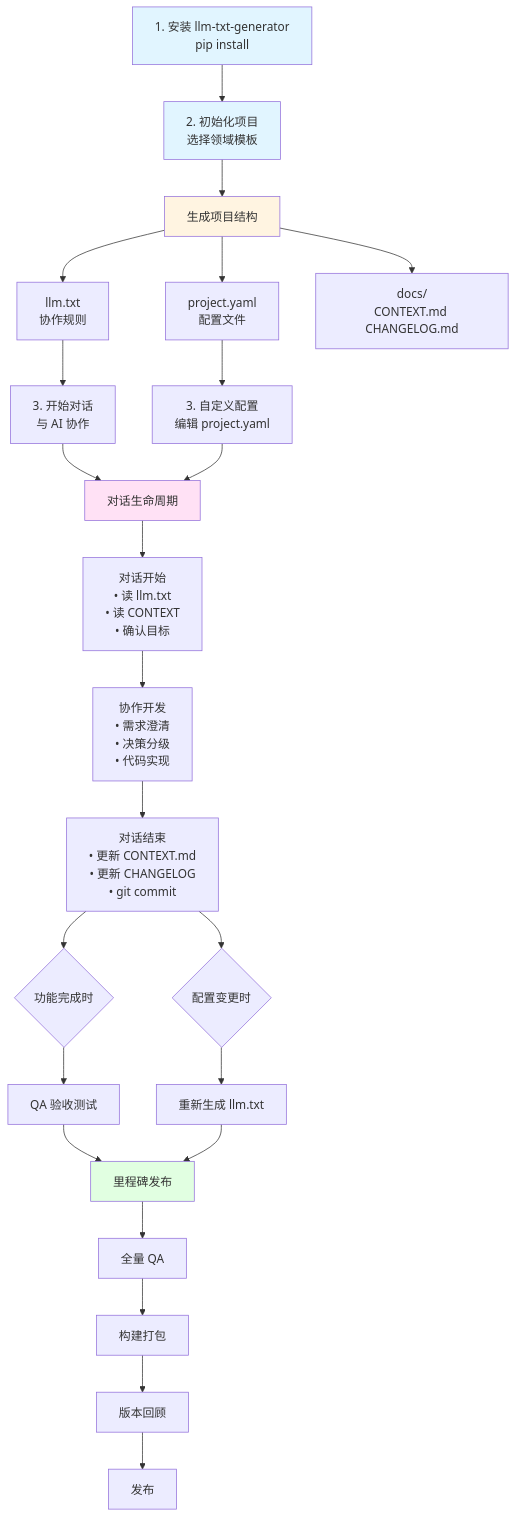
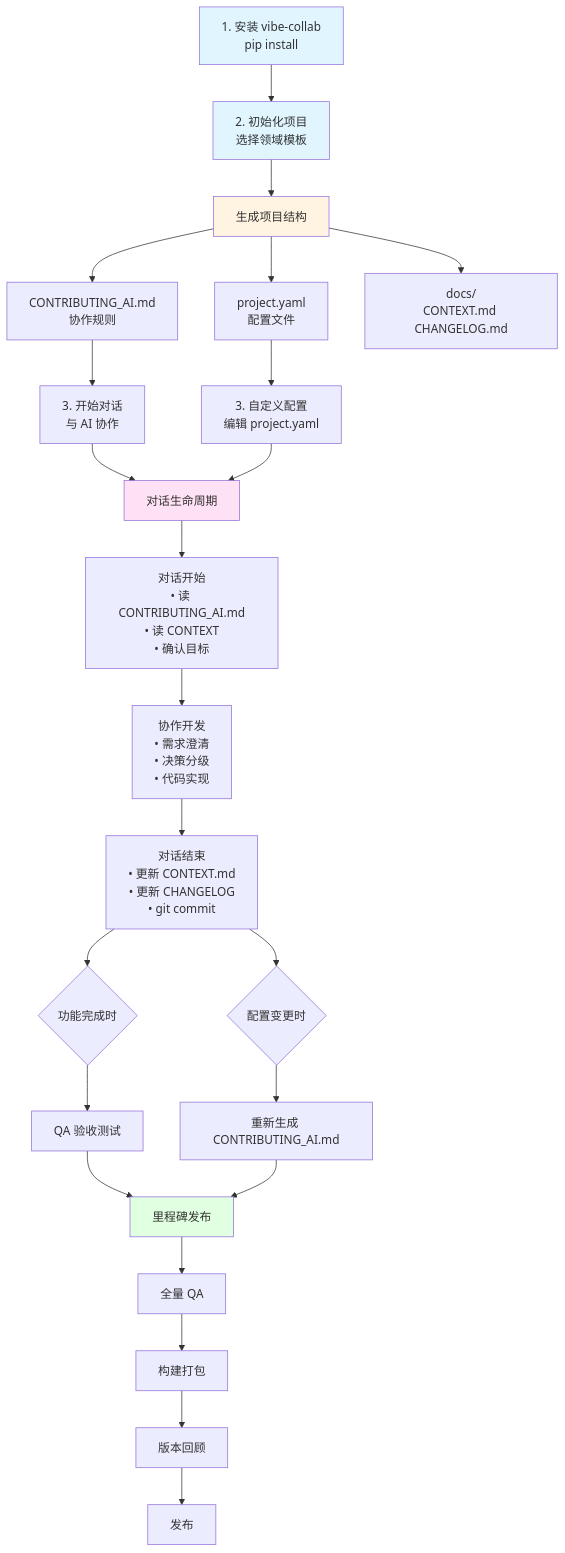
Before and after one commit to flashpoint493/VibeCollab: the first of 2 diagrams in README.md, drawn with Mermaid. The commit also changed other lines of this file and 20 other files, not shown here.

First line of the commit message:
refactor: rename package and repository to vibe-collab

````diff
--- a/README.md
+++ b/README.md
@@ -17,38 +17,38 @@
 ```mermaid
 flowchart TD
-    A[1. 安装 llm-txt-generator<br/>pip install] --> B[2. 初始化项目<br/>选择领域模板]
+    A[1. 安装 vibe-collab<br/>pip install] --> B[2. 初始化项目<br/>选择领域模板]
     B --> C[生成项目结构]
-    C --> D1[llm.txt<br/>协作规则]
+    C --> D1[CONTRIBUTING_AI.md<br/>协作规则]
     C --> D2[project.yaml<br/>配置文件]
     C --> D3[docs/<br/>CONTEXT.md CHANGELOG.md]
     
     D1 --> E1[3. 开始对话<br/>与 AI 协作]
     D2 --> E2[3. 自定义配置<br/>编辑 project.yaml]
     
     E1 --> F[对话生命周期]
     E2 --> F
     
-    F --> G1[对话开始<br/>• 读 llm.txt<br/>• 读 CONTEXT<br/>• 确认目标]
+    F --> G1[对话开始<br/>• 读 CONTRIBUTING_AI.md<br/>• 读 CONTEXT<br/>• 确认目标]
     G1 --> G2[协作开发<br/>• 需求澄清<br/>• 决策分级<br/>• 代码实现]
     G2 --> G3[对话结束<br/>• 更新 CONTEXT.md<br/>• 更新 CHANGELOG<br/>• git commit]
     
     G3 --> H1{功能完成时}
     G3 --> H2{配置变更时}
     
     H1 --> I1[QA 验收测试]
-    H2 --> I2[重新生成 llm.txt]
+    H2 --> I2[重新生成 CONTRIBUTING_AI.md]
     
     I1 --> J[里程碑发布]
     I2 --> J
     
     J --> K1[全量 QA]
     K1 --> K2[构建打包]
     K2 --> K3[版本回顾]
     K3 --> K4[发布]
     
     style A fill:#e1f5ff
     style B fill:#e1f5ff
     style C fill:#fff4e1
     style F fill:#ffe1f5
     style J fill:#e1ffe1
 ```
````
